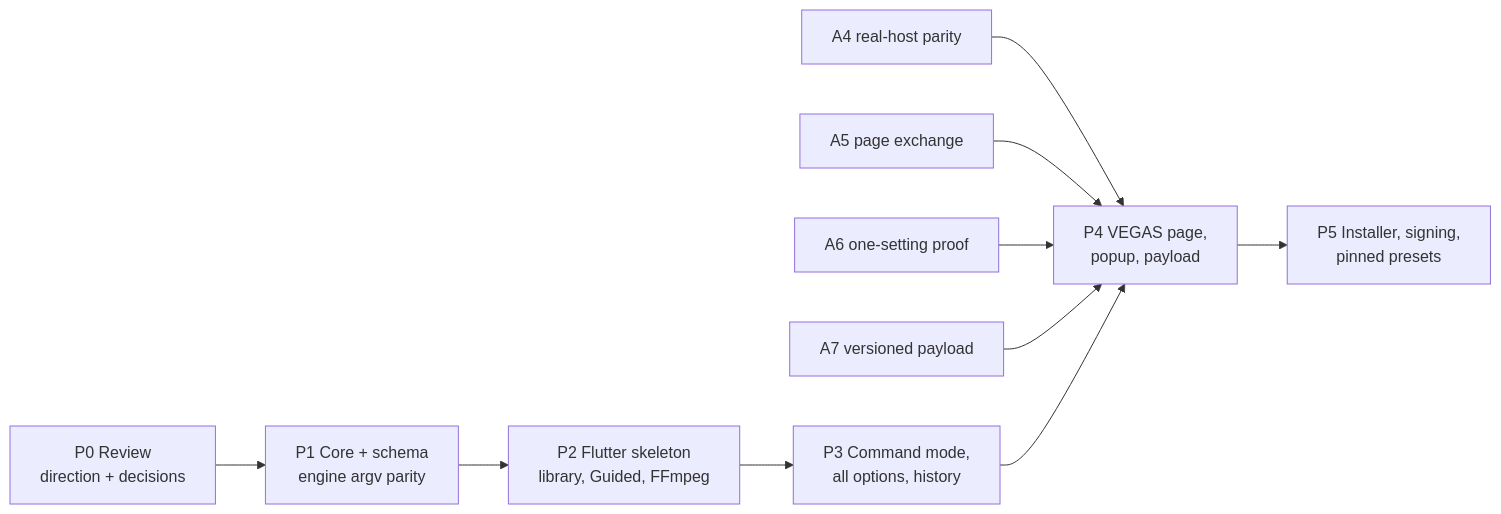
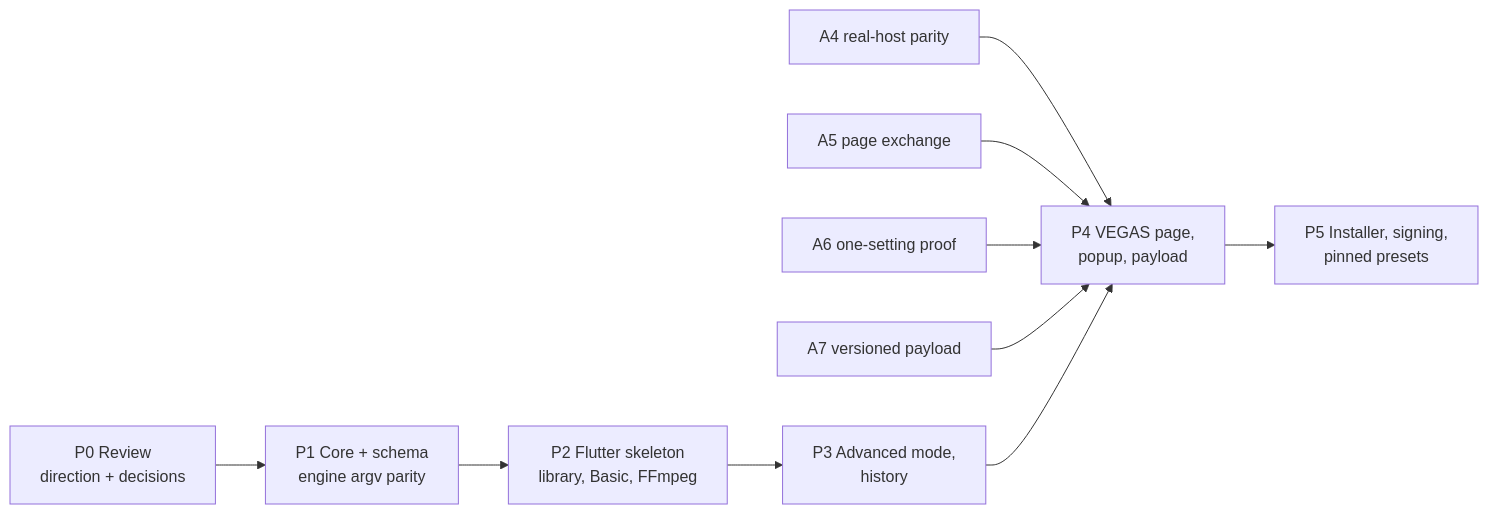
Before and after one commit to Kidsnd274/vegas-encoder: the diagram in docs/product/ROADMAP.md, drawn with Mermaid. The commit also changed other lines of this file and 20 other files, not shown here.

First line of the commit message:
Finalize Signal Flow product direction

````diff
--- a/docs/product/ROADMAP.md
+++ b/docs/product/ROADMAP.md
@@ -13,12 +13,12 @@
 ```mermaid
 flowchart LR
     P0[P0 Review<br/>direction + decisions] --> P1[P1 Core + schema<br/>engine argv parity]
-    P1 --> P2[P2 Flutter skeleton<br/>library, Guided, FFmpeg]
-    P2 --> P3[P3 Command mode,<br/>all options, history]
+    P1 --> P2[P2 Flutter skeleton<br/>library, Basic, FFmpeg]
+    P2 --> P3[P3 Advanced mode,<br/>history]
     A4[A4 real-host parity] --> P4
     A5[A5 page exchange] --> P4[P4 VEGAS page,<br/>popup, payload]
     A6[A6 one-setting proof] --> P4
     A7[A7 versioned payload] --> P4
     P3 --> P4
     P4 --> P5[P5 Installer, signing,<br/>pinned presets]
 ```
````
